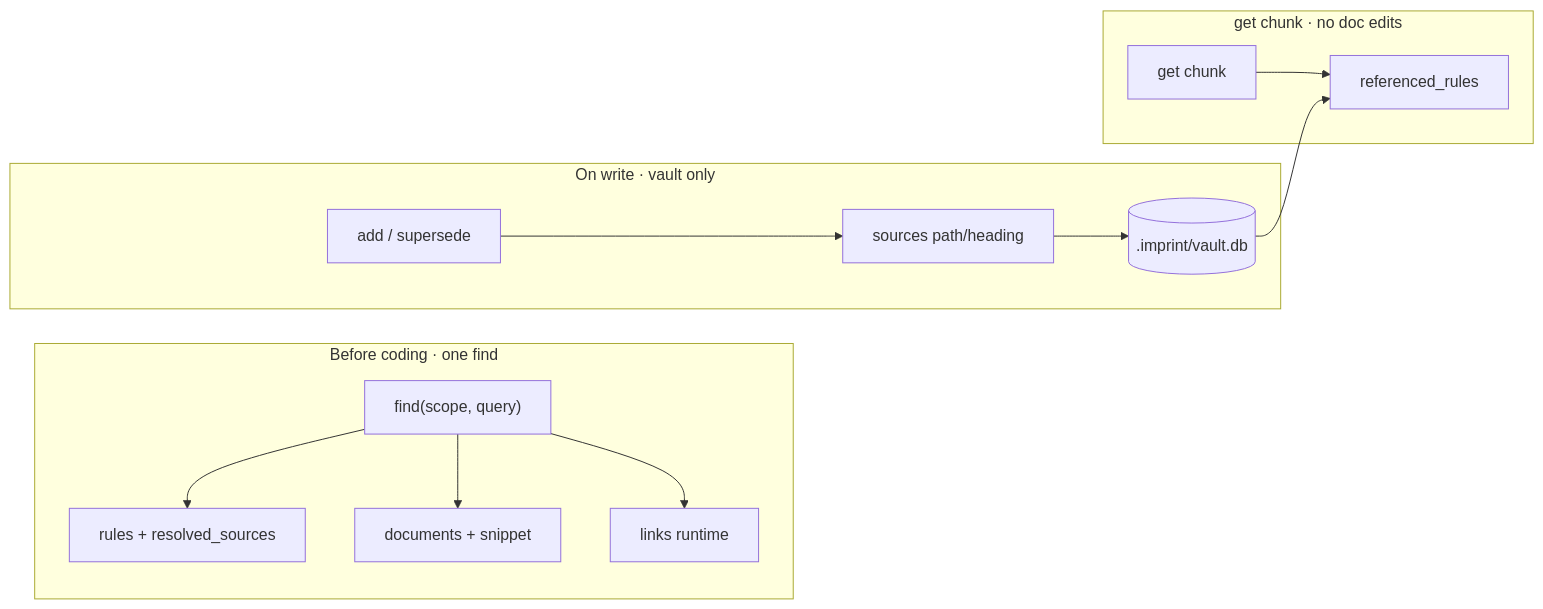
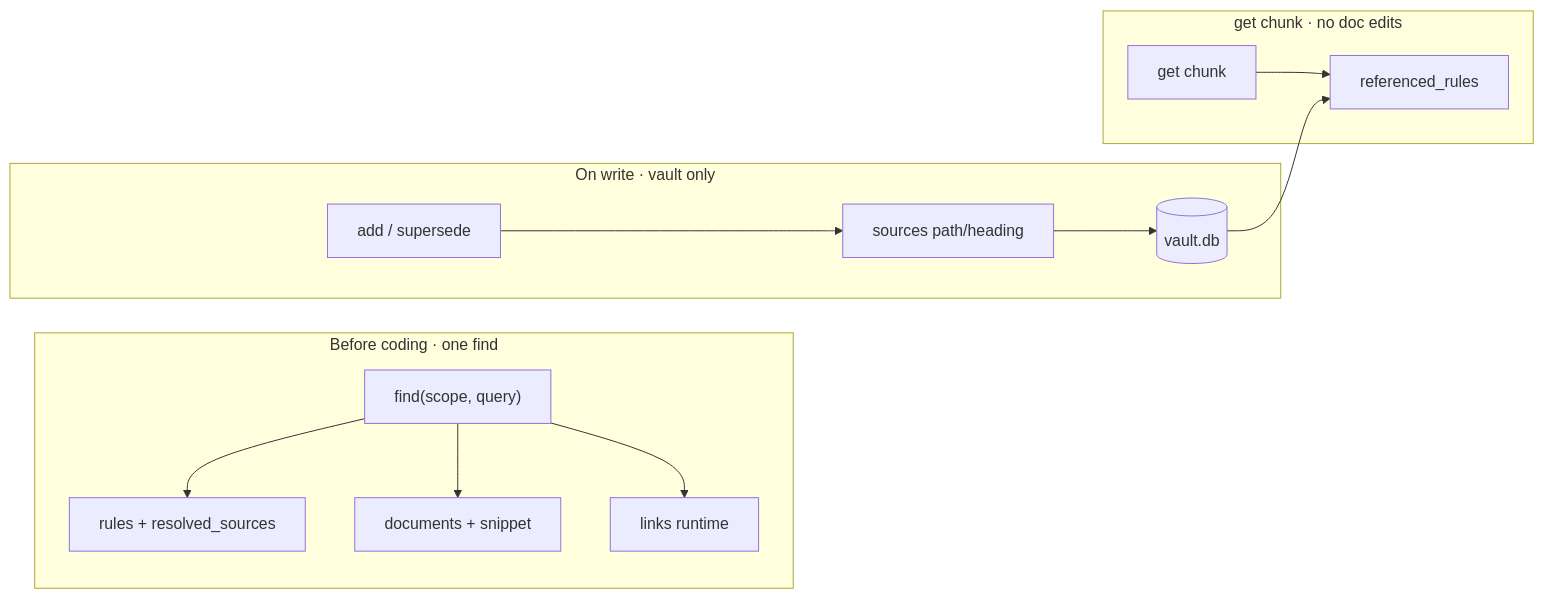
The diagram in docs/shelves-builtin.md (SteamedBread2333/imprint), drawn with Mermaid before and after one commit. The commit also changed other lines of this file and 33 other files, not shown here.

````diff
--- a/docs/shelves-builtin.md
+++ b/docs/shelves-builtin.md
@@ -25,20 +25,20 @@
 ```mermaid
 flowchart LR
   subgraph recall [Before coding · one find]
     F["find(scope, query)"]
     F --> R[rules + resolved_sources]
     F --> D[documents + snippet]
     F --> L[links runtime]
   end
 
   subgraph persist [On write · vault only]
     A[add / supersede] --> S[sources path/heading]
-    S --> V[(.imprint/vault.db)]
+    S --> V[(vault.db)]
   end
 
   subgraph reverse [get chunk · no doc edits]
     G["get chunk"] --> RR[referenced_rules]
   end
 
   V --> RR
 ```
````
